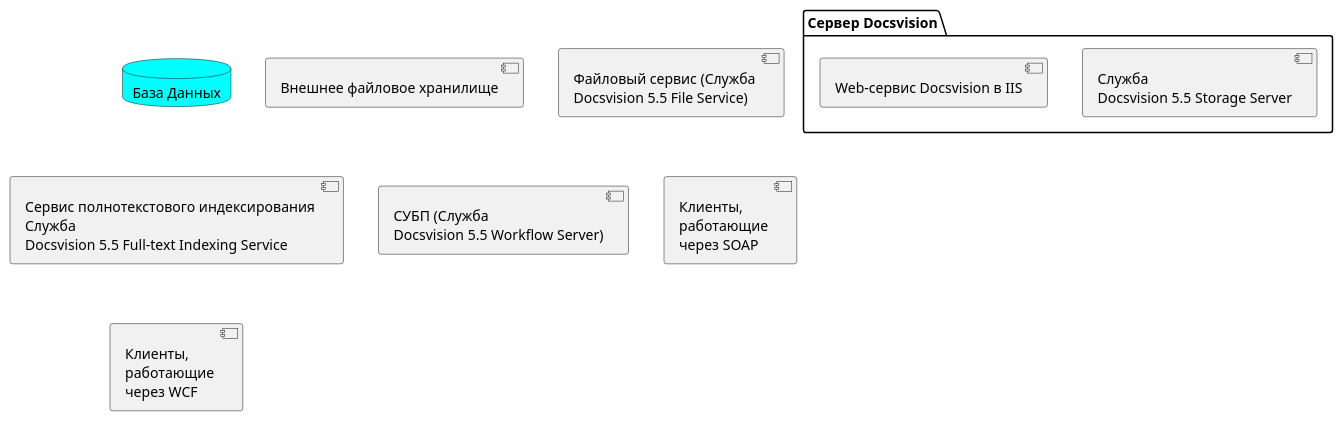
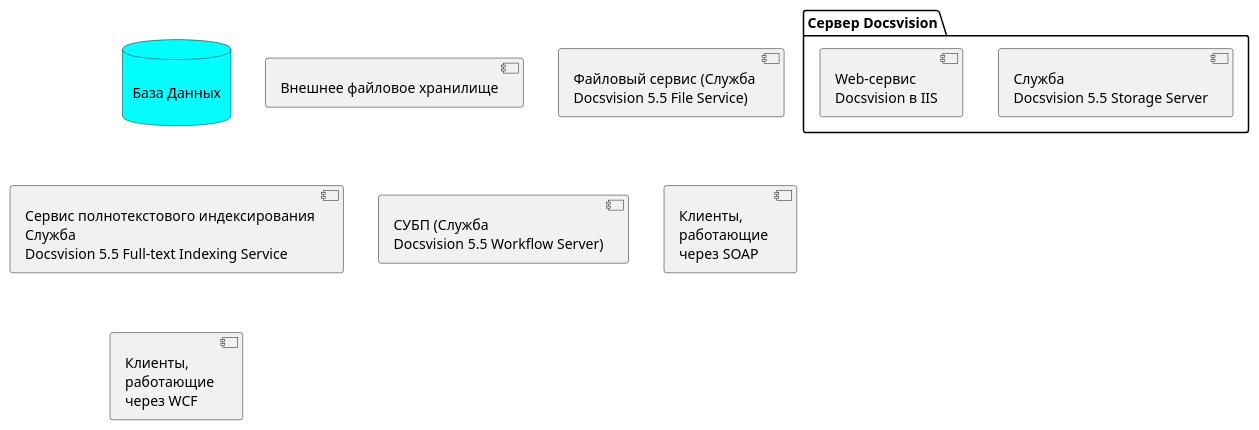
The fourth of 4 diagrams in system-description/modules/description/pages/general-description.adoc (Docsvision/antora-playbook), drawn with PlantUML before and after one commit. The commit also changed other lines of this file, not shown here.

Commit message:
test diagram

```diff
--- a/system-description/modules/description/pages/general-description.adoc
+++ b/system-description/modules/description/pages/general-description.adoc
@@ -172,27 +179,27 @@
 [plantuml, svg]
 ....
 @startuml
-database "База Данных"
+database "\nБаза Данных\n"
 
 package "Сервер Docsvision" as server {
     [Служба \nDocsvision 5.5 Storage Server]
-    [Web-сервис Docsvision в IIS]
+    [Web-сервис \nDocsvision в IIS]
 }
 
 component "Внешнее файловое хранилище" as ext
 
 component "Файловый сервис (Служба \nDocsvision 5.5 File Service)" as fileservice
 
 component "Сервис полнотекстового индексирования \nСлужба \nDocsvision 5.5 Full-text Indexing Service" as fulltext
 
 component "СУБП (Служба \nDocsvision 5.5 Workflow Server)" as workflow
 
 component "Клиенты, \nработающие \nчерез SOAP" as soap
 
 component "Клиенты, \nработающие \nчерез WCF" as wcf
 
 skinparam databaseBackgroundColor Aqua
 
 @enduml
 
 ....
```
